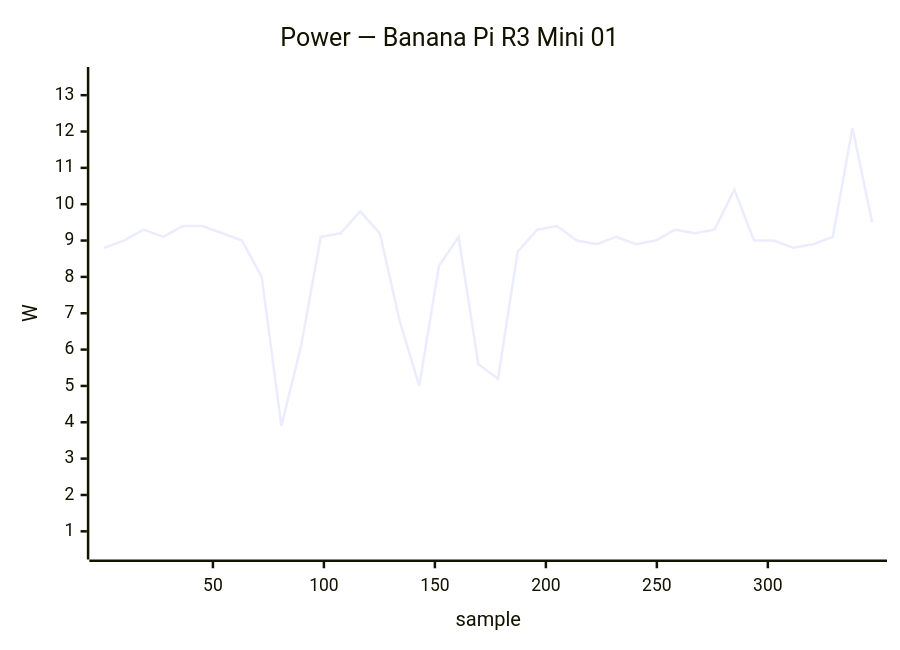
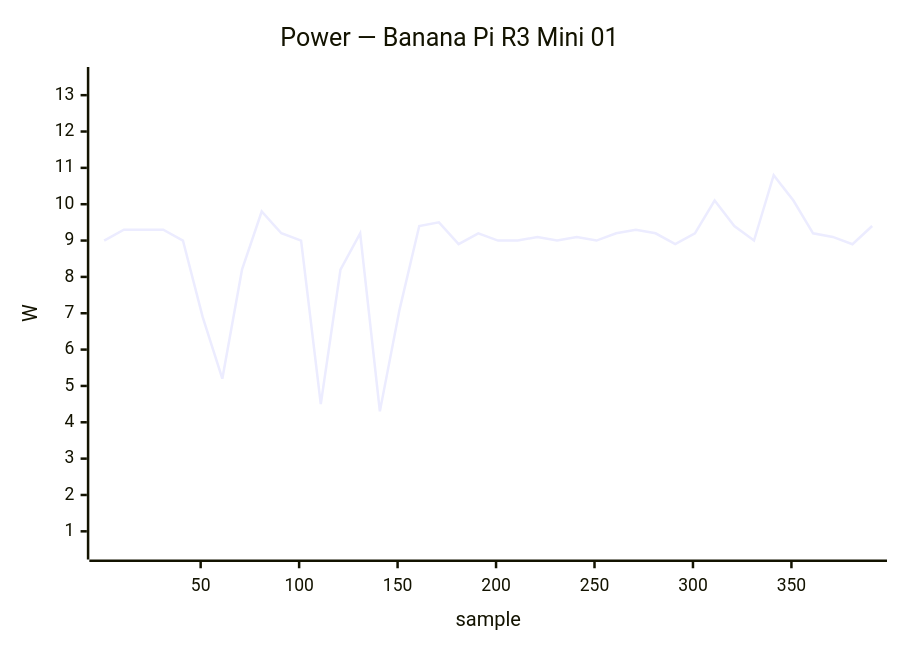
One commit to armbian/documentation changed diagram 14 of 50 in docs/status/board-tests.md. Above: the diagram before and after it, drawn with Mermaid. The commit also changed other lines of this file, not shown here.

````diff
--- a/docs/status/board-tests.md
+++ b/docs/status/board-tests.md
@@ -684,7 +743,7 @@
 ```mermaid
 xychart-beta
     title "Power — Banana Pi R3 Mini 01"
-    x-axis "sample" 1 --> 347
+    x-axis "sample" 1 --> 391
     y-axis "W" 0.5 --> 13.5
-    line [8.8, 9.0, 9.3, 9.1, 9.4, 9.4, 9.2, 9.0, 8.0, 3.9, 6.1, 9.1, 9.2, 9.8, 9.2, 6.8, 5.0, 8.3, 9.1, 5.6, 5.2, 8.7, 9.3, 9.4, 9.0, 8.9, 9.1, 8.9, 9.0, 9.3, 9.2, 9.3, 10.4, 9.0, 9.0, 8.8, 8.9, 9.1, 12.1, 9.5]
+    line [9.0, 9.3, 9.3, 9.3, 9.0, 6.9, 5.2, 8.2, 9.8, 9.2, 9.0, 4.5, 8.2, 9.2, 4.3, 7.1, 9.4, 9.5, 8.9, 9.2, 9.0, 9.0, 9.1, 9.0, 9.1, 9.0, 9.2, 9.3, 9.2, 8.9, 9.2, 10.1, 9.4, 9.0, 10.8, 10.1, 9.2, 9.1, 8.9, 9.4]
 ```
````
